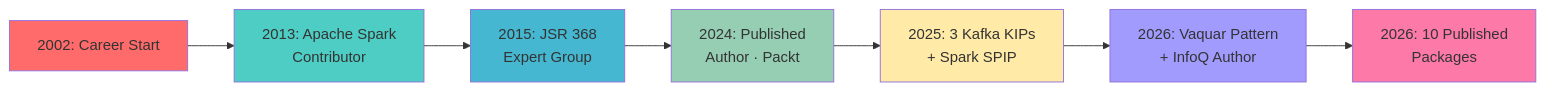
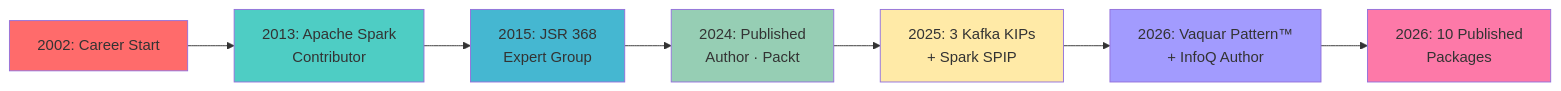
One commit to vaquarkhan/vaquarkhan changed the diagram in README.md. Above: the diagram before and after it, drawn with Mermaid. The commit also changed other lines of this file, not shown here.

````diff
--- a/README.md
+++ b/README.md
@@ -398,17 +398,17 @@
 ```mermaid
 graph LR
     A[2002: Career Start] --> B[2013: Apache Spark<br/>Contributor]
     B --> C[2015: JSR 368<br/>Expert Group]
     C --> D[2024: Published<br/>Author · Packt]
     D --> E[2025: 3 Kafka KIPs<br/>+ Spark SPIP]
-    E --> F[2026: Vaquar Pattern<br/>+ InfoQ Author]
+    E --> F[2026: Vaquar Pattern™<br/>+ InfoQ Author]
     F --> G[2026: 10 Published<br/>Packages]
     
     style A fill:#ff6b6b
     style B fill:#4ecdc4
     style C fill:#45b7d1
     style D fill:#96ceb4
     style E fill:#ffeaa7
     style F fill:#a29bfe
     style G fill:#fd79a8
 ```
````
